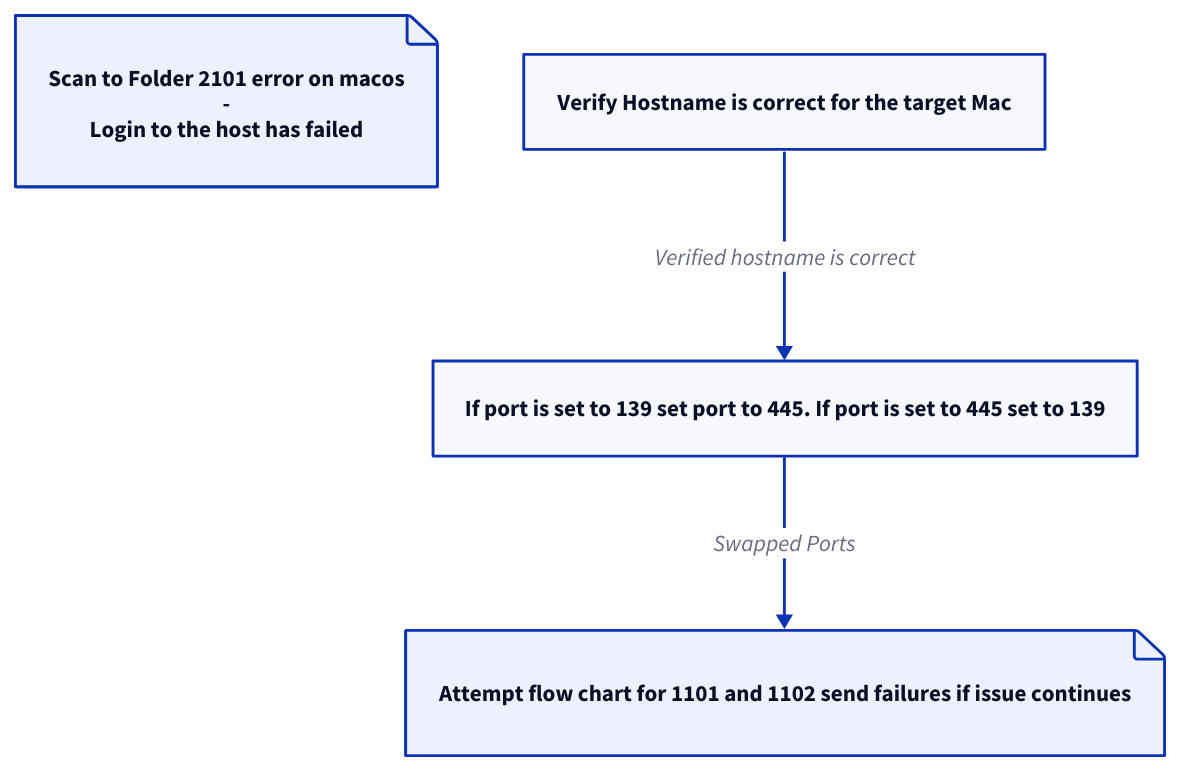
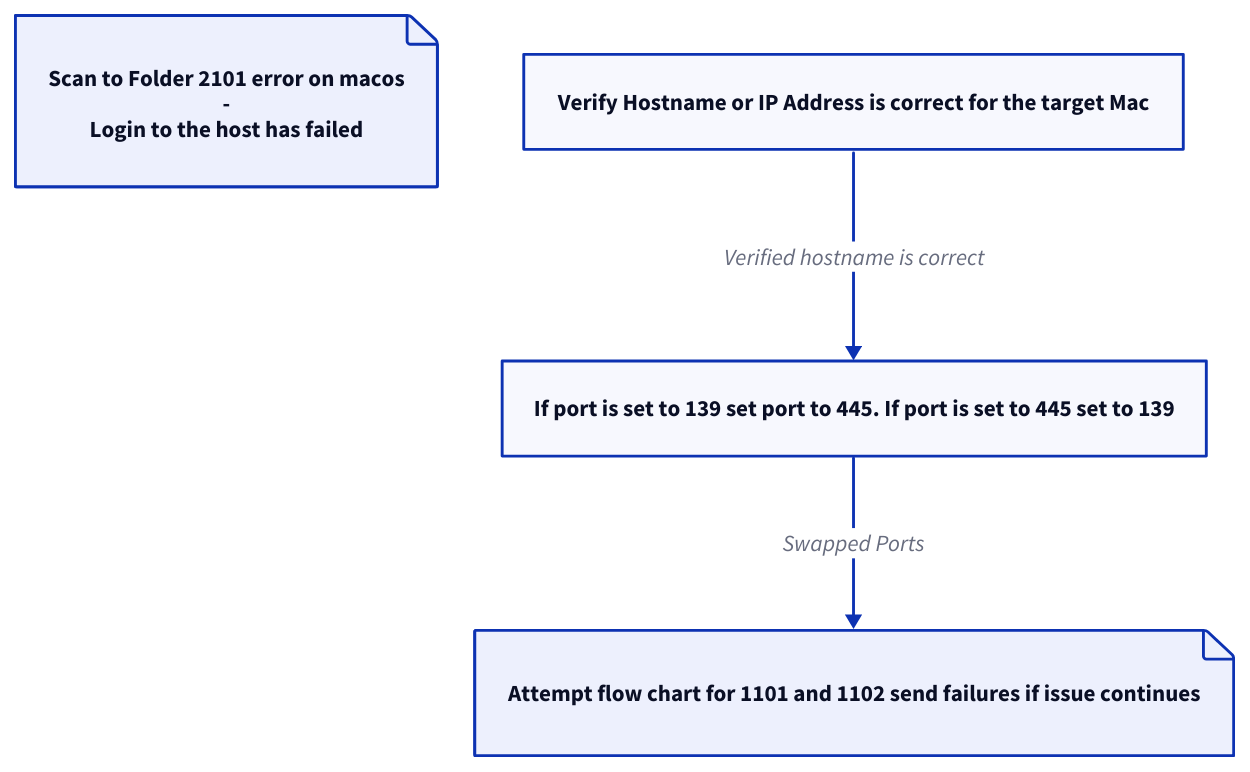
Before and after one commit to ThunderCreeper4/mfp-scanning-flowchart: the diagram in smb/kyocera/macos/2101.d2, drawn with D2. The commit also changed 2 other files, not shown here.

Commit message:
Update Kyocera SMB 2101 Windows/Mac/Linux

```diff
--- a/smb/kyocera/macos/2101.d2
+++ b/smb/kyocera/macos/2101.d2
@@ -1,14 +1,14 @@
 Scan to Folder 2101 error on macos\n-\nLogin to the host has failed.: {class: note}
 classes: {
     step: {shape: rectangle}
     diagnose: {shape: diamond}
     fixed: {shape: rectangle; style: {fill: "#90FF90"; stroke: "#00A000";}}
     failure: {shape: rectangle; style: {fill: "#FF9090"; stroke: "#A00000";}}
     note: {shape: page;}
 }
 
-1: Verify Hostname is correct for the target Mac {class: step}
+1: Verify Hostname or IP Address is correct for the target Mac {class: step}
 2: If port is set to 139 set port to 445. If port is set to 445 set to 139 {class: step}
 1 -> 2: Verified hostname is correct
 3: Attempt flow chart for 1101 and 1102 send failures if issue continues {class: note}
 2 -> 3: Swapped Ports
```
